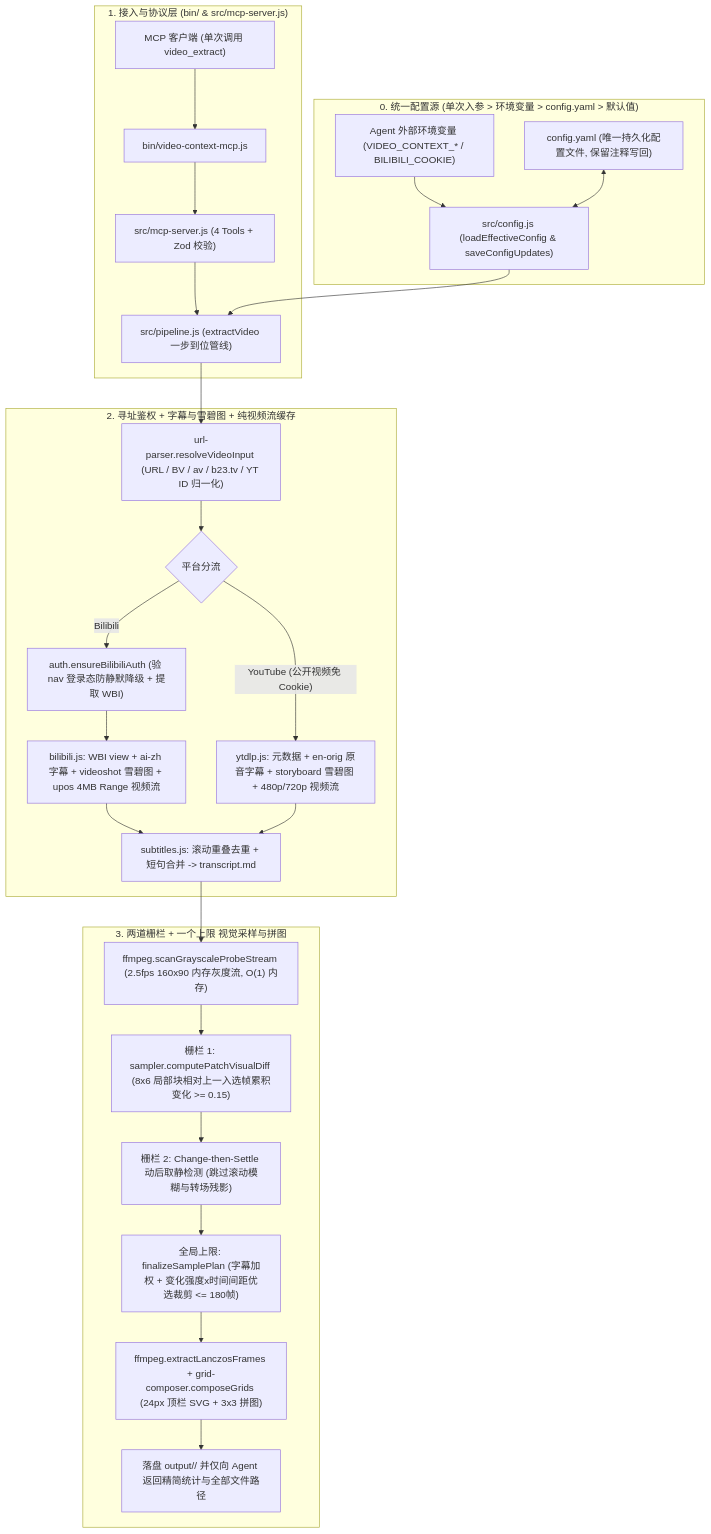
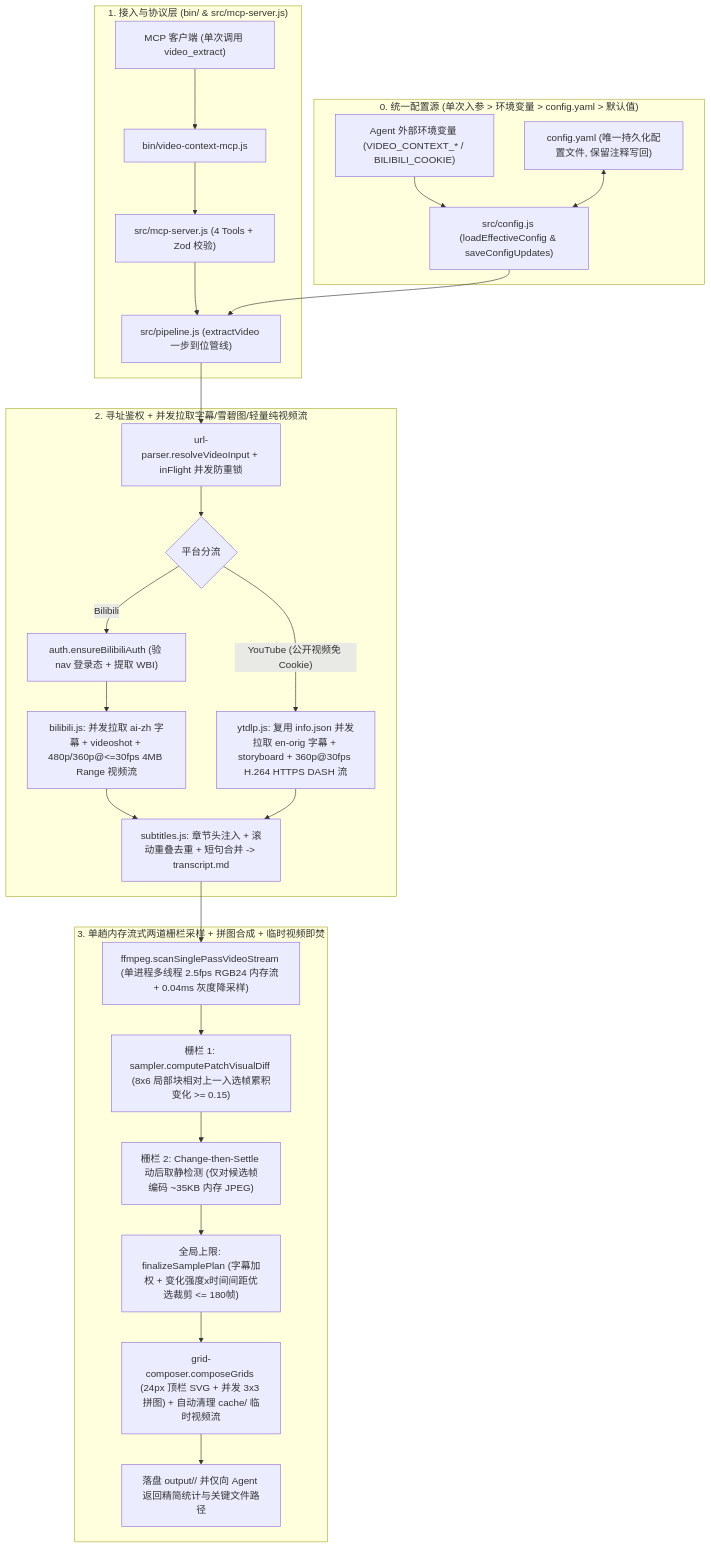
The diagram in docs/README.md (chengdidididi/video-context-mcp), drawn with Mermaid before and after one commit. The commit also changed 17 other files, not shown here.

Commit message:
perf: streamline single-pass H.264 pipeline, smart format selection, and auto-clean video cache

````diff
--- a/docs/README.md
+++ b/docs/README.md
@@ -9,33 +9,33 @@
 ```mermaid
 flowchart TD
     subgraph CfgSource["0. 统一配置源 (单次入参 > 环境变量 > config.yaml > 默认值)"]
         EnvVars["Agent 外部环境变量 (VIDEO_CONTEXT_* / BILIBILI_COOKIE)"] --> ConfigHub["src/config.js (loadEffectiveConfig & saveConfigUpdates)"]
         YamlFile["config.yaml (唯一持久化配置文件, 保留注释写回)"] <--> ConfigHub
     end
 
     subgraph Entry["1. 接入与协议层 (bin/ & src/mcp-server.js)"]
         MCPClient["MCP 客户端 (单次调用 video_extract)"] --> BinMCP["bin/video-context-mcp.js"]
         BinMCP --> MCPServer["src/mcp-server.js (4 Tools + Zod 校验)"]
         MCPServer --> Pipeline["src/pipeline.js (extractVideo 一步到位管线)"]
         ConfigHub --> Pipeline
     end
 
-    subgraph Ingest["2. 寻址鉴权 + 字幕与雪碧图 + 纯视频流缓存"]
-        Pipeline --> UrlParse["url-parser.resolveVideoInput (URL / BV / av / b23.tv / YT ID 归一化)"]
+    subgraph Ingest["2. 寻址鉴权 + 并发拉取字幕/雪碧图/轻量纯视频流"]
+        Pipeline --> UrlParse["url-parser.resolveVideoInput + inFlight 并发防重锁"]
         UrlParse --> PlatformBranch{"平台分流"}
-        PlatformBranch -- "Bilibili" --> BiliAuth["auth.ensureBilibiliAuth (验 nav 登录态防静默降级 + 提取 WBI)"]
-        BiliAuth --> BiliFetch["bilibili.js: WBI view + ai-zh 字幕 + videoshot 雪碧图 + upos 4MB Range 视频流"]
-        PlatformBranch -- "YouTube (公开视频免 Cookie)" --> YtFetch["ytdlp.js: 元数据 + en-orig 原音字幕 + storyboard 雪碧图 + 480p/720p 视频流"]
-        BiliFetch --> SubClean["subtitles.js: 滚动重叠去重 + 短句合并 -> transcript.md"]
+        PlatformBranch -- "Bilibili" --> BiliAuth["auth.ensureBilibiliAuth (验 nav 登录态 + 提取 WBI)"]
+        BiliAuth --> BiliFetch["bilibili.js: 并发拉取 ai-zh 字幕 + videoshot + 480p/360p@<=30fps 4MB Range 视频流"]
+        PlatformBranch -- "YouTube (公开视频免 Cookie)" --> YtFetch["ytdlp.js: 复用 info.json 并发拉取 en-orig 字幕 + storyboard + 360p@30fps H.264 HTTPS DASH 流"]
+        BiliFetch --> SubClean["subtitles.js: 章节头注入 + 滚动重叠去重 + 短句合并 -> transcript.md"]
         YtFetch --> SubClean
     end
 
-    subgraph TwoGate["3. 两道栅栏 + 一个上限 视觉采样与拼图"]
-        SubClean --> Probe["ffmpeg.scanGrayscaleProbeStream (2.5fps 160x90 内存灰度流, O(1) 内存)"]
+    subgraph TwoGate["3. 单趟内存流式两道栅栏采样 + 拼图合成 + 临时视频即焚"]
+        SubClean --> Probe["ffmpeg.scanSinglePassVideoStream (单进程多线程 2.5fps RGB24 内存流 + 0.04ms 灰度降采样)"]
         Probe --> Gate1["栅栏 1: sampler.computePatchVisualDiff (8x6 局部块相对上一入选帧累积变化 >= 0.15)"]
-        Gate1 --> Gate2["栅栏 2: Change-then-Settle 动后取静检测 (跳过滚动模糊与转场残影)"]
+        Gate1 --> Gate2["栅栏 2: Change-then-Settle 动后取静检测 (仅对候选帧编码 ~35KB 内存 JPEG)"]
         Gate2 --> Cap["全局上限: finalizeSamplePlan (字幕加权 + 变化强度x时间间距优选裁剪 <= 180帧)"]
-        Cap --> Render["ffmpeg.extractLanczosFrames + grid-composer.composeGrids (24px 顶栏 SVG + 3x3 拼图)"]
-        Render --> Output["落盘 output/<bundle_id>/ 并仅向 Agent 返回精简统计与全部文件路径"]
+        Cap --> Render["grid-composer.composeGrids (24px 顶栏 SVG + 并发 3x3 拼图) + 自动清理 cache/ 临时视频流"]
+        Render --> Output["落盘 output/<bundle_id>/ 并仅向 Agent 返回精简统计与关键文件路径"]
     end
 ```
````
